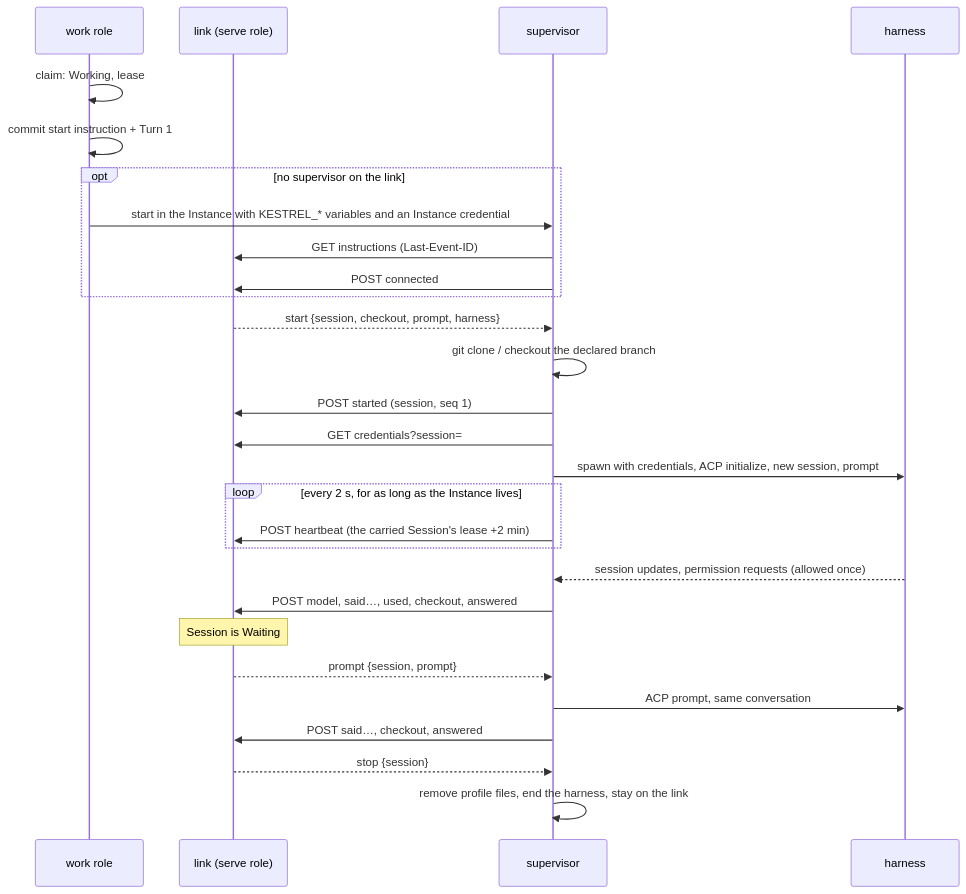
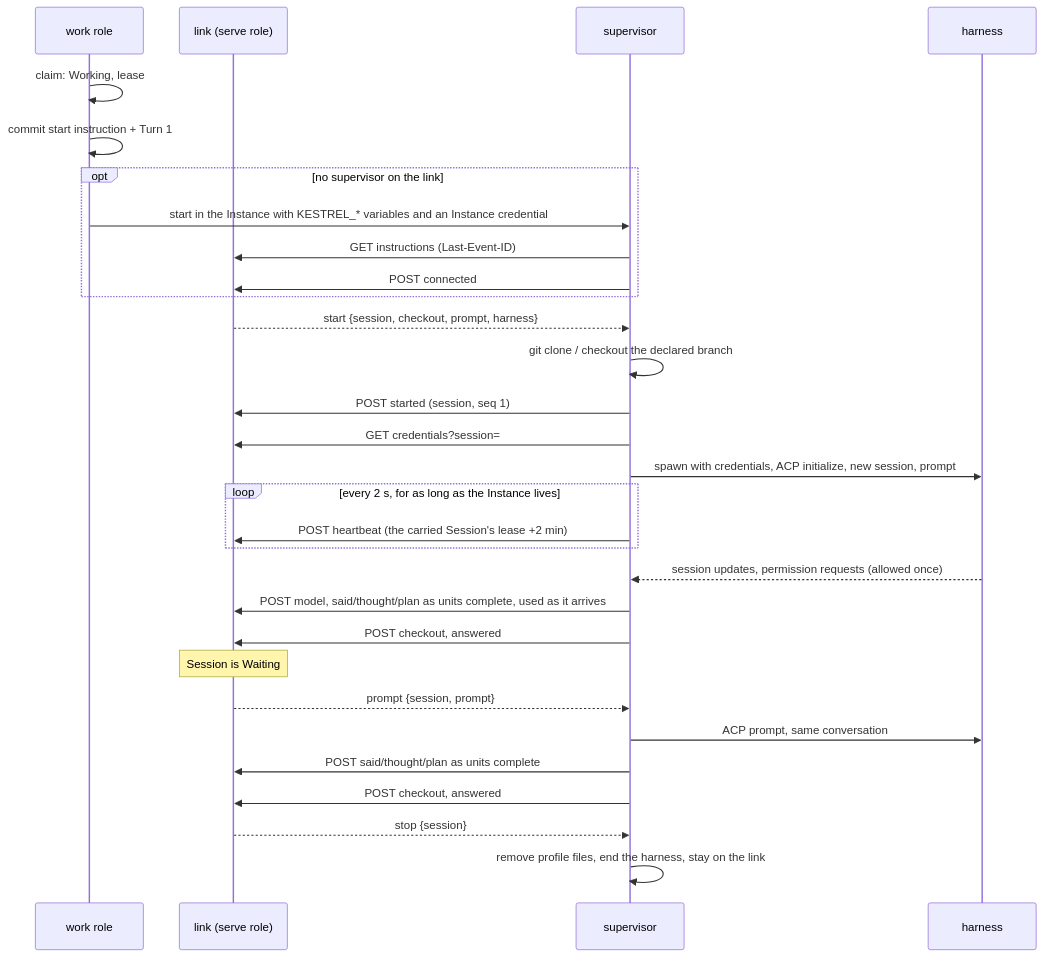
One commit to openkestrel/kestrel changed the diagram in docs/architecture/link.md. Above: the diagram before and after it, drawn with Mermaid. The commit also changed other lines of this file and 41 other files, not shown here.

````diff
--- a/docs/architecture/link.md
+++ b/docs/architecture/link.md
@@ -40,31 +40,33 @@
 ```mermaid
 sequenceDiagram
     participant W as work role
     participant L as link (serve role)
     participant S as supervisor
     participant H as harness
 
     W->>W: claim: Working, lease
     W->>W: commit start instruction + Turn 1
     opt no supervisor on the link
         W->>S: start in the Instance with KESTREL_* variables and an Instance credential
         S->>L: GET instructions (Last-Event-ID)
         S->>L: POST connected
     end
     L-->>S: start {session, checkout, prompt, harness}
     S->>S: git clone / checkout the declared branch
     S->>L: POST started (session, seq 1)
     S->>L: GET credentials?session=
     S->>H: spawn with credentials, ACP initialize, new session, prompt
     loop every 2 s, for as long as the Instance lives
         S->>L: POST heartbeat (the carried Session's lease +2 min)
     end
     H-->>S: session updates, permission requests (allowed once)
-    S->>L: POST model, said…, used, checkout, answered
+    S->>L: POST model, said/thought/plan as units complete, used as it arrives
+    S->>L: POST checkout, answered
     Note over L: Session is Waiting
     L-->>S: prompt {session, prompt}
     S->>H: ACP prompt, same conversation
-    S->>L: POST said…, checkout, answered
+    S->>L: POST said/thought/plan as units complete
+    S->>L: POST checkout, answered
     L-->>S: stop {session}
     S->>S: remove profile files, end the harness, stay on the link
 ```
````
